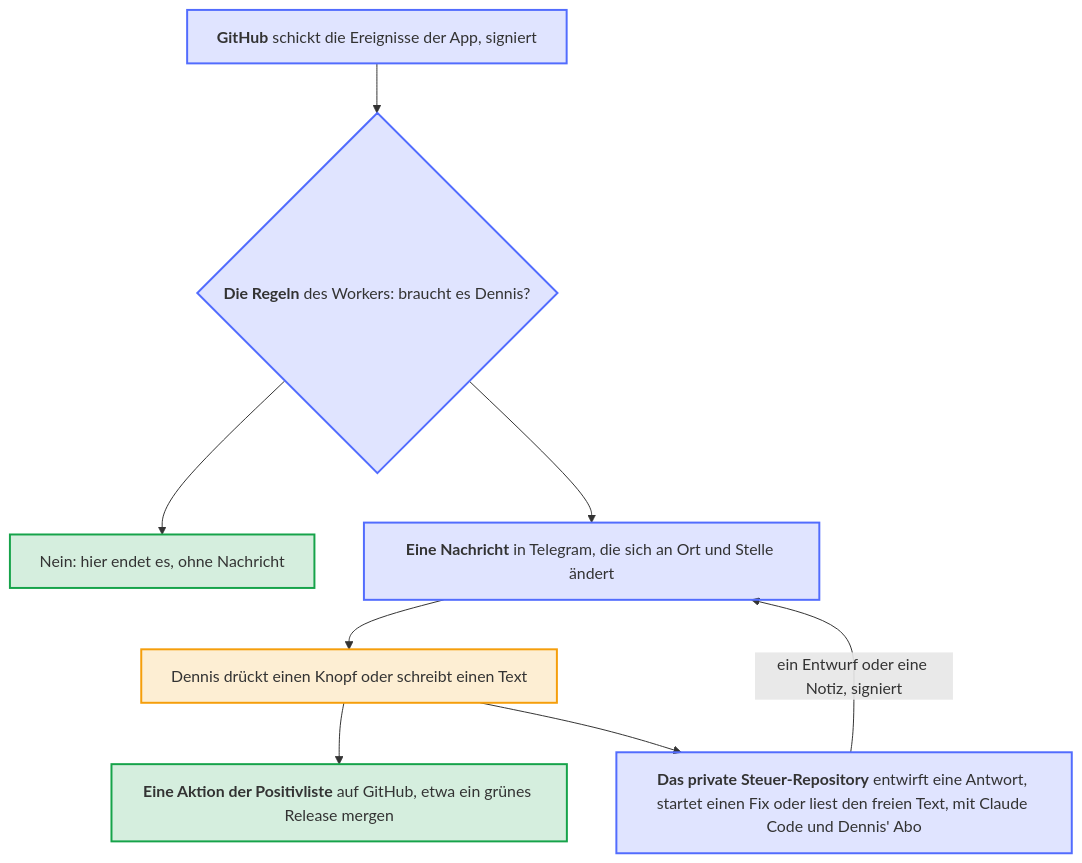
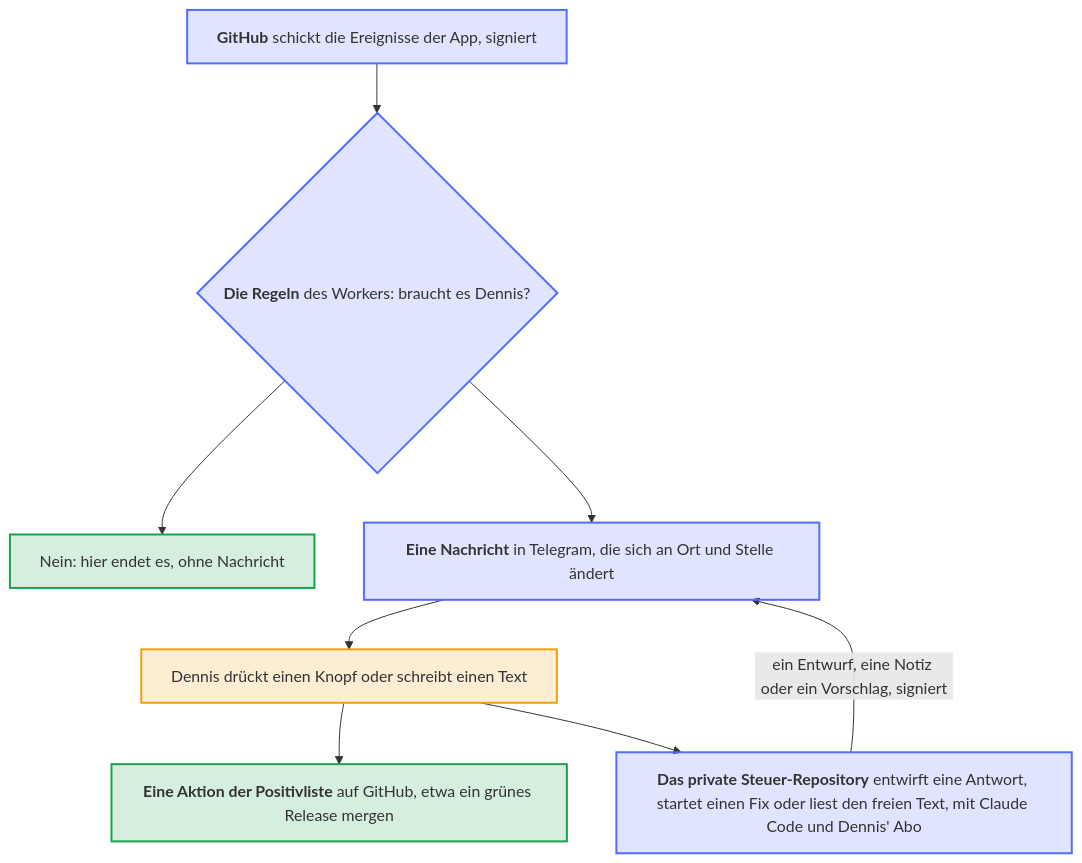
The diagram in docs/diagrams/how-the-pager-works.de.mmd (Dennis-Otto/dennis-otto-pager), drawn with Mermaid before and after one commit. The commit also changed 26 other files, not shown here.

First line of the commit message:
feat: free text and drafts run in the private control repository (#6)

```diff
--- a/docs/diagrams/how-the-pager-works.de.mmd
+++ b/docs/diagrams/how-the-pager-works.de.mmd
@@ -1,30 +1,30 @@
 ---
 config:
   flowchart:
     wrappingWidth: 400
 ---
 flowchart TB
     accTitle: So arbeitet der Pager
-    accDescr: GitHub schickt die Ereignisse der GitHub-App an den Worker auf Cloudflare, signiert mit dem Geheimnis ihres Webhooks. Die Regeln entscheiden, was Dennis braucht; alles andere endet dort. Was zählt, wird eine Nachricht in Telegram, die sich an Ort und Stelle ändert, mit Knöpfen. Ein Knopf führt eine Aktion der Positivliste auf GitHub aus, etwa das Mergen eines grünen Releases. Entwürfe, Fixes und freier Text gehen an den Workflow des privaten Steuer-Repositorys, der Claude Code mit Dennis' Abo ausführt und seine Antwort signiert zurückschickt, als Entwurf oder Notiz, die ein Knopf freigeben muss.
+    accDescr: GitHub schickt die Ereignisse der GitHub-App an den Worker auf Cloudflare, signiert mit dem Geheimnis ihres Webhooks. Die Regeln entscheiden, was Dennis braucht; alles andere endet dort. Was zählt, wird eine Nachricht in Telegram, die sich an Ort und Stelle ändert, mit Knöpfen. Ein Knopf führt eine Aktion der Positivliste auf GitHub aus, etwa das Mergen eines grünen Releases. Entwürfe, Fixes und freier Text gehen an den Workflow des privaten Steuer-Repositorys, der Claude Code mit Dennis' Abo ausführt und seine Antwort signiert zurückschickt, als Entwurf, Notiz oder Vorschlag, die ein Knopf freigeben muss.
 
     github["`**GitHub** schickt die Ereignisse der App, signiert`"]
     rules{"`**Die Regeln** des Workers: braucht es Dennis?`"}
     quiet["`Nein: hier endet es, ohne Nachricht`"]
     message["`**Eine Nachricht** in Telegram, die sich an Ort und Stelle ändert`"]
     dennis["Dennis drückt einen Knopf oder schreibt einen Text"]
     action["`**Eine Aktion der Positivliste** auf GitHub, etwa ein grünes Release mergen`"]
     control["`**Das private Steuer-Repository** entwirft eine Antwort, startet einen Fix oder liest den freien Text, mit Claude Code und Dennis' Abo`"]
 
     github --> rules
     rules --> quiet
     rules --> message --> dennis
     dennis --> action
     dennis --> control
-    control -- "ein Entwurf oder eine Notiz, signiert" --> message
+    control -- "ein Entwurf, eine Notiz oder ein Vorschlag, signiert" --> message
 
     classDef you fill:#f59e0b2e,stroke:#f59e0b,stroke-width:2px
     classDef bot fill:#526cfe2e,stroke:#526cfe,stroke-width:2px
     classDef done fill:#16a34a2e,stroke:#16a34a,stroke-width:2px
     class dennis you
     class github,rules,message,control bot
     class quiet,action done
```
